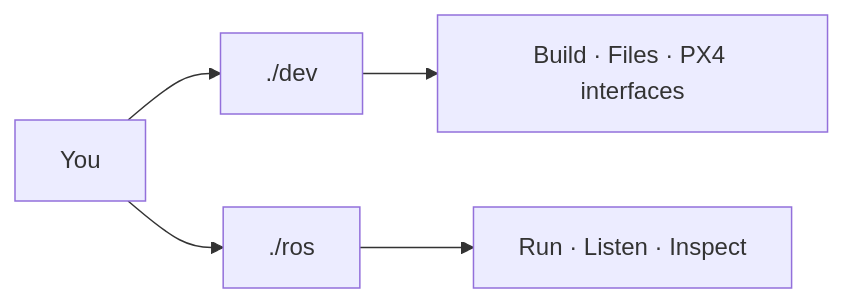
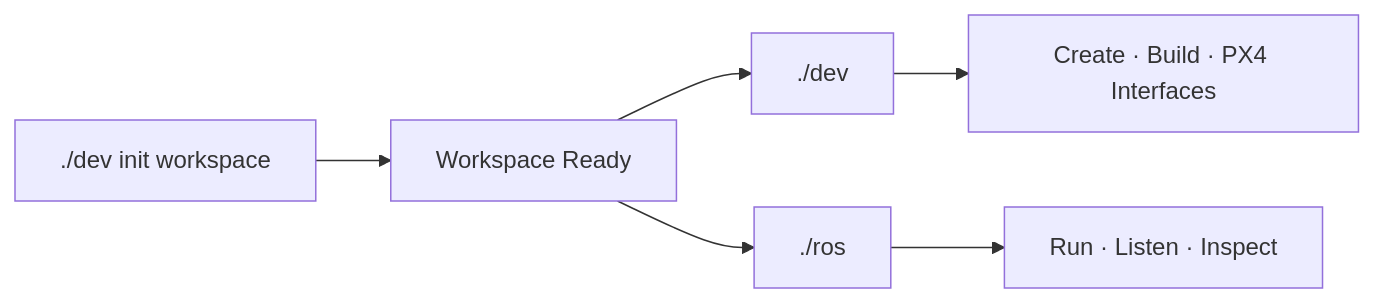
The first of 2 diagrams in README.md (brutalstein/ros2), drawn with Mermaid before and after one commit. The commit also changed other lines of this file, not shown here.

Commit message:
document one-command workspace automation

````diff
--- a/README.md
+++ b/README.md
@@ -18,7 +18,8 @@
 ```mermaid
 flowchart LR
-    YOU[You] --> DEV[./dev]
-    YOU --> ROS[./ros]
-    DEV --> BUILD[Build · Files · PX4 interfaces]
+    INIT[./dev init workspace] --> READY[Workspace Ready]
+    READY --> DEV[./dev]
+    READY --> ROS[./ros]
+    DEV --> BUILD[Create · Build · PX4 Interfaces]
     ROS --> GRAPH[Run · Listen · Inspect]
 ```
````
